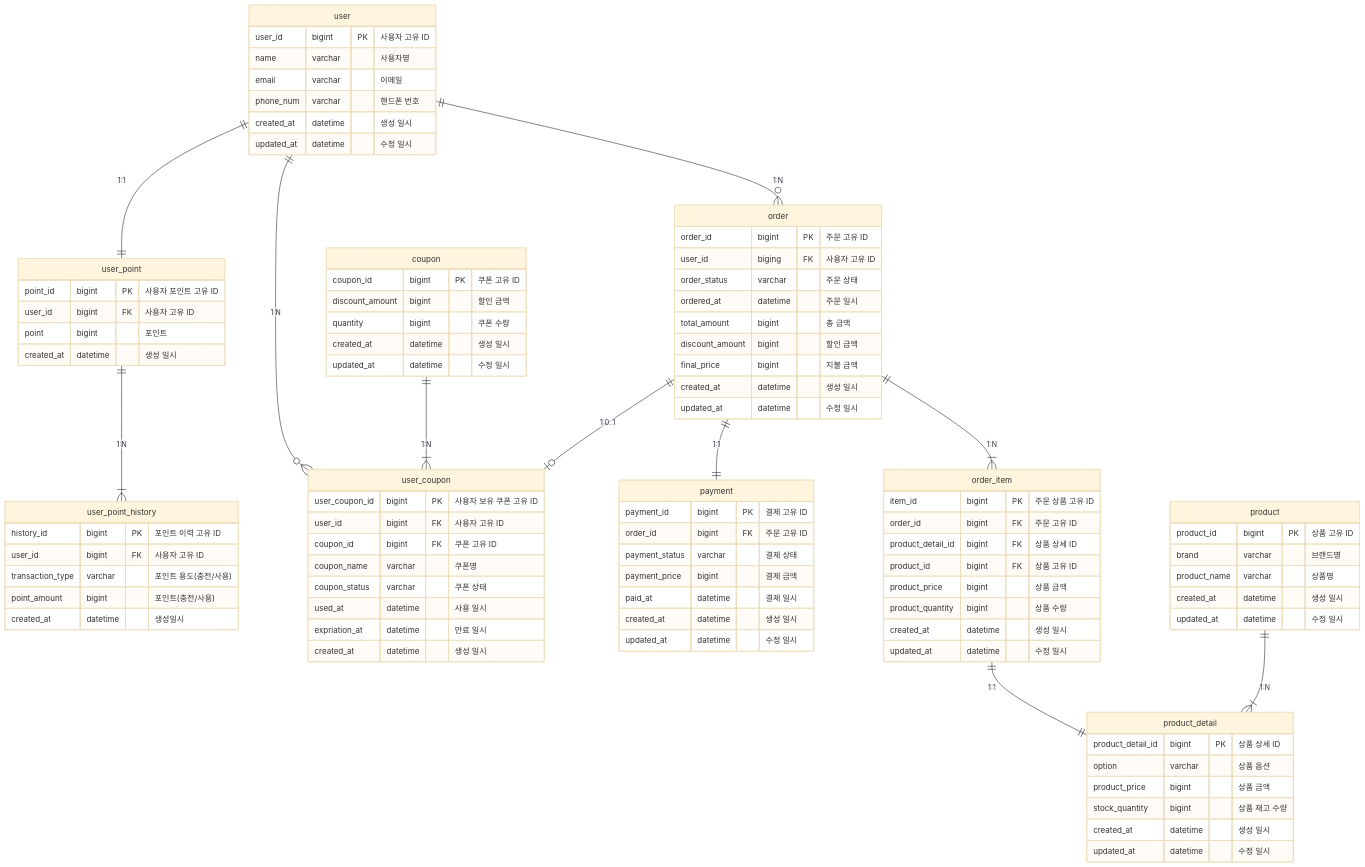
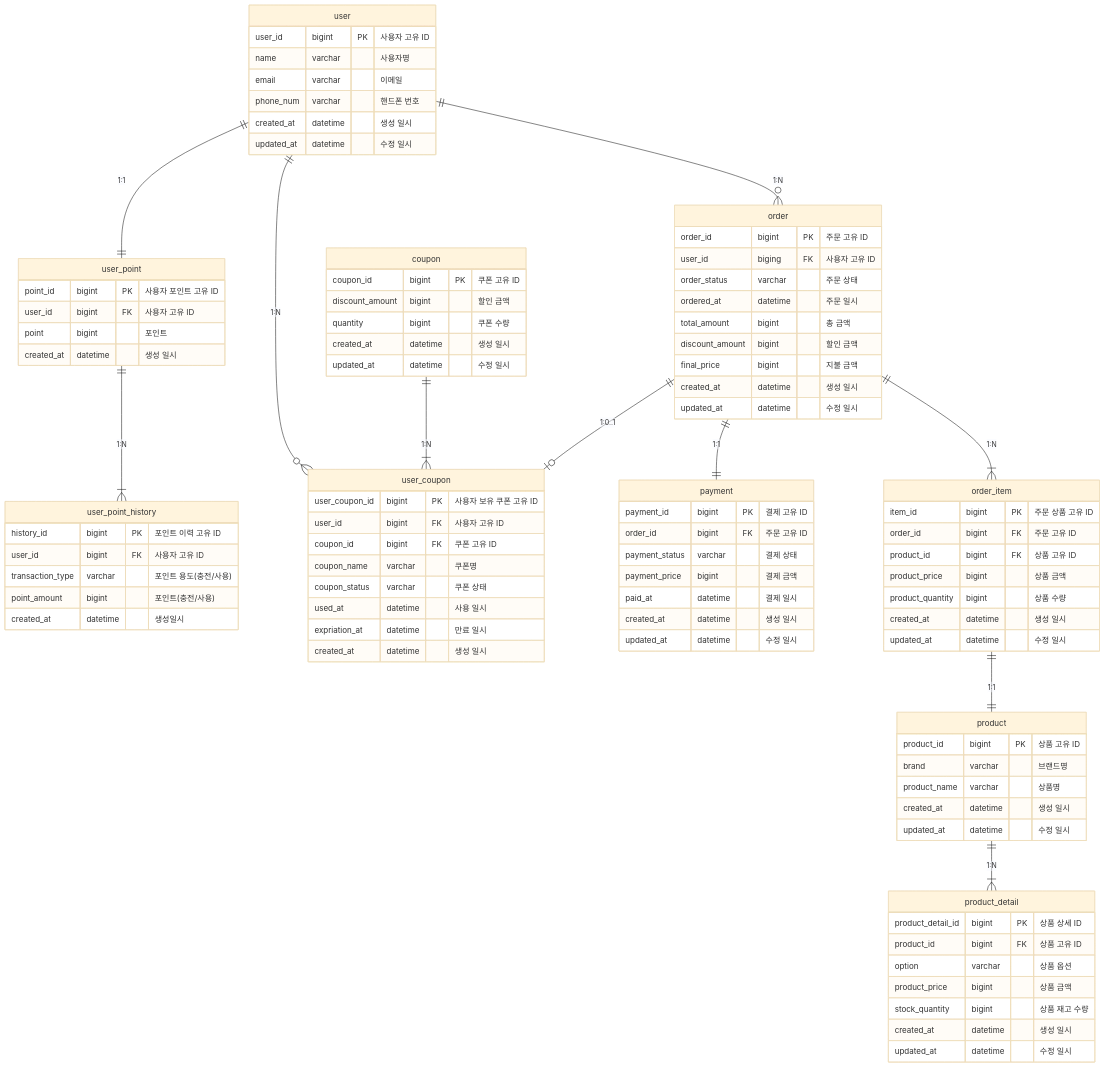
One commit to Ssoyoung-J/e-commerce-service changed the diagram in docs/erd.md. Above: the diagram before and after it, drawn with Mermaid (base theme).

Commit message:
docs: 피드백 기반 설계 erd 수정 진행 중

```diff
--- a/docs/erd.md
+++ b/docs/erd.md
@@ -11,7 +11,7 @@
     order ||--|{ order_item: "1:N"
     order ||--o| user_coupon : "1:0..1"
 
-    order_item ||--|| product_detail : "1:1"
+    order_item ||--|| product : "1:1"
     product ||--|{ product_detail : "1:N"
 
     user {
@@ -82,7 +82,6 @@
     order_item {
         item_id bigint PK "주문 상품 고유 ID"
         order_id bigint FK "주문 고유 ID"
-        product_detail_id bigint FK "상품 상세 ID"
         product_id bigint FK "상품 고유 ID"
         product_price bigint "상품 금액"
         product_quantity bigint "상품 수량"
@@ -93,7 +92,7 @@
 
     product_detail {
         product_detail_id bigint PK "상품 상세 ID"
-%%        product_id bigint FK "상품 고유 ID"
+        product_id bigint FK "상품 고유 ID"
         option varchar "상품 옵션"
         product_price bigint "상품 금액"
         stock_quantity bigint "상품 재고 수량"
```
